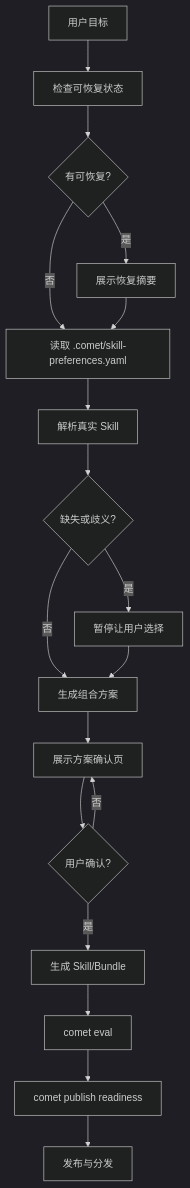
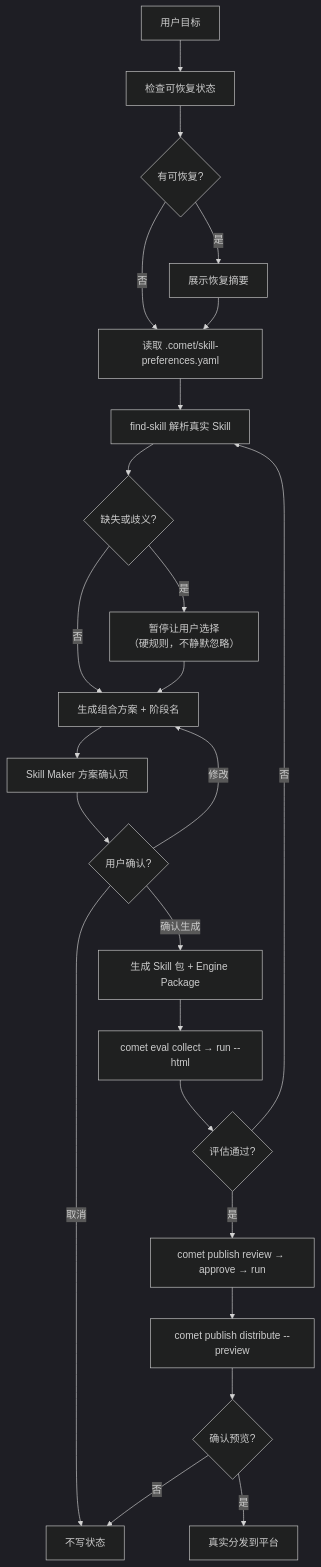
Before and after one commit to rpamis/comet-website-docs: the diagram in zh/skill-factory/overview.mdx, drawn with Mermaid (dark theme). The commit also changed other lines of this file and 19 other files, not shown here.

First line of the commit message:
docs(zh): enrich eval and skill-factory docs, add comet dashboard

````diff
--- a/zh/skill-factory/overview.mdx
+++ b/zh/skill-factory/overview.mdx
@@ -53,20 +100,26 @@
 ```mermaid
 flowchart TD
-  A["用户目标"] --> B["检查可恢复状态"]
-  B --> C{"有可恢复?"}
-  C -->|是| D["展示恢复摘要"]
-  C -->|否| E["读取 .comet/skill-preferences.yaml"]
-  D --> E
-  E --> F["解析真实 Skill"]
-  F --> G{"缺失或歧义?"}
-  G -->|是| H["暂停让用户选择"]
-  G -->|否| I["生成组合方案"]
-  H --> I
-  I --> J["展示方案确认页"]
-  J --> K{"用户确认?"}
-  K -->|是| L["生成 Skill/Bundle"]
-  K -->|否| J
-  L --> M["comet eval"]
-  M --> N["comet publish readiness"]
-  N --> O["发布与分发"]
+    A["用户目标"] --> B["检查可恢复状态"]
+    B --> C{"有可恢复?"}
+    C -->|是| D["展示恢复摘要"]
+    C -->|否| E["读取 .comet/skill-preferences.yaml"]
+    D --> E
+    E --> F["find-skill 解析真实 Skill"]
+    F --> G{"缺失或歧义?"}
+    G -->|是| H["暂停让用户选择<br/>（硬规则，不静默忽略）"]
+    G -->|否| I["生成组合方案 + 阶段名"]
+    H --> I
+    I --> J["Skill Maker 方案确认页"]
+    J --> K{"用户确认?"}
+    K -->|修改| I
+    K -->|取消| End["不写状态"]
+    K -->|确认生成| L["生成 Skill 包 + Engine Package"]
+    L --> M["comet eval collect → run --html"]
+    M --> N{"评估通过?"}
+    N -->|否| F
+    N -->|是| O["comet publish review → approve → run"]
+    O --> P["comet publish distribute --preview"]
+    P --> Q{"确认预览?"}
+    Q -->|是| R["真实分发到平台"]
+    Q -->|否| End
 ```
````
